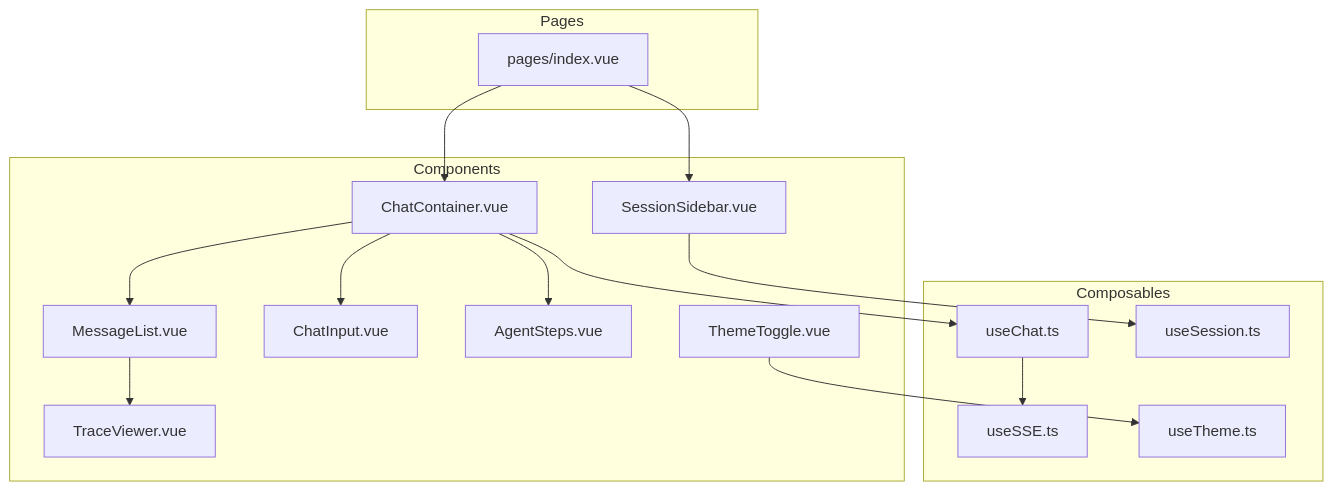
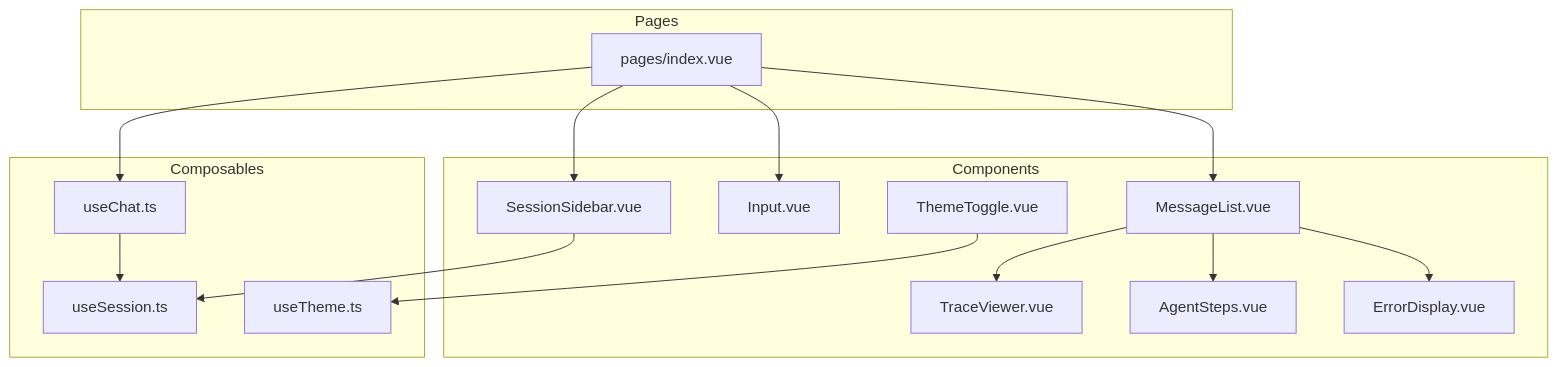
One commit to hashtagf/ui-agentbedrock changed the second of 3 diagrams in aidlc-docs/branches/main/inception/application-design/architecture.md. Above: the diagram before and after it, drawn with Mermaid. The commit also changed other lines of this file and 4 other files, not shown here.

````diff
--- a/aidlc-docs/branches/main/inception/application-design/architecture.md
+++ b/aidlc-docs/branches/main/inception/application-design/architecture.md
@@ -43,35 +43,34 @@
 ```mermaid
 graph TB
     subgraph Pages
         INDEX[pages/index.vue]
     end
     
     subgraph Components
-        CHAT[ChatContainer.vue]
         MSG[MessageList.vue]
-        INPUT[ChatInput.vue]
+        INPUT[Input.vue]
         SIDEBAR[SessionSidebar.vue]
         TRACE[TraceViewer.vue]
         STEPS[AgentSteps.vue]
+        ERROR[ErrorDisplay.vue]
         THEME[ThemeToggle.vue]
     end
     
     subgraph Composables
         USE_CHAT[useChat.ts]
-        USE_SSE[useSSE.ts]
         USE_SESSION[useSession.ts]
         USE_THEME[useTheme.ts]
     end
     
-    INDEX --> CHAT
+    INDEX --> MSG
+    INDEX --> INPUT
     INDEX --> SIDEBAR
-    CHAT --> MSG
-    CHAT --> INPUT
-    CHAT --> STEPS
     MSG --> TRACE
+    MSG --> STEPS
+    MSG --> ERROR
     
-    CHAT --> USE_CHAT
-    USE_CHAT --> USE_SSE
+    INDEX --> USE_CHAT
+    USE_CHAT --> USE_SESSION
     SIDEBAR --> USE_SESSION
     THEME --> USE_THEME
 ```
````
